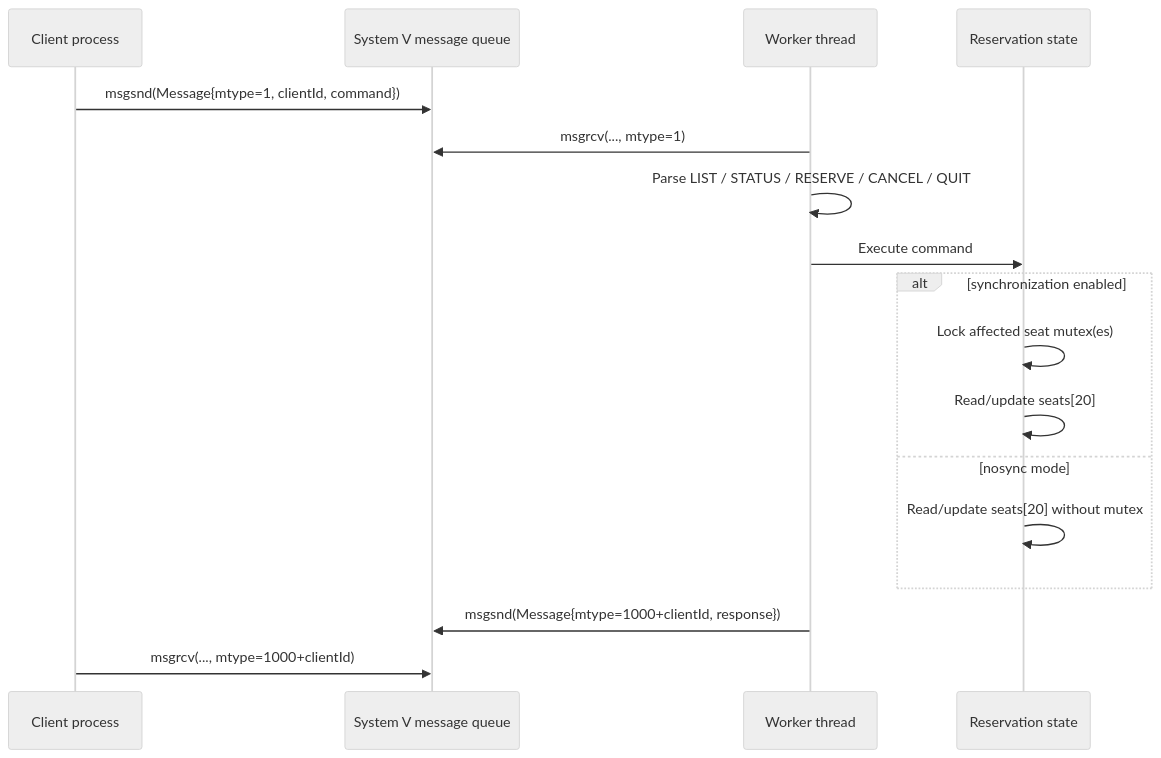
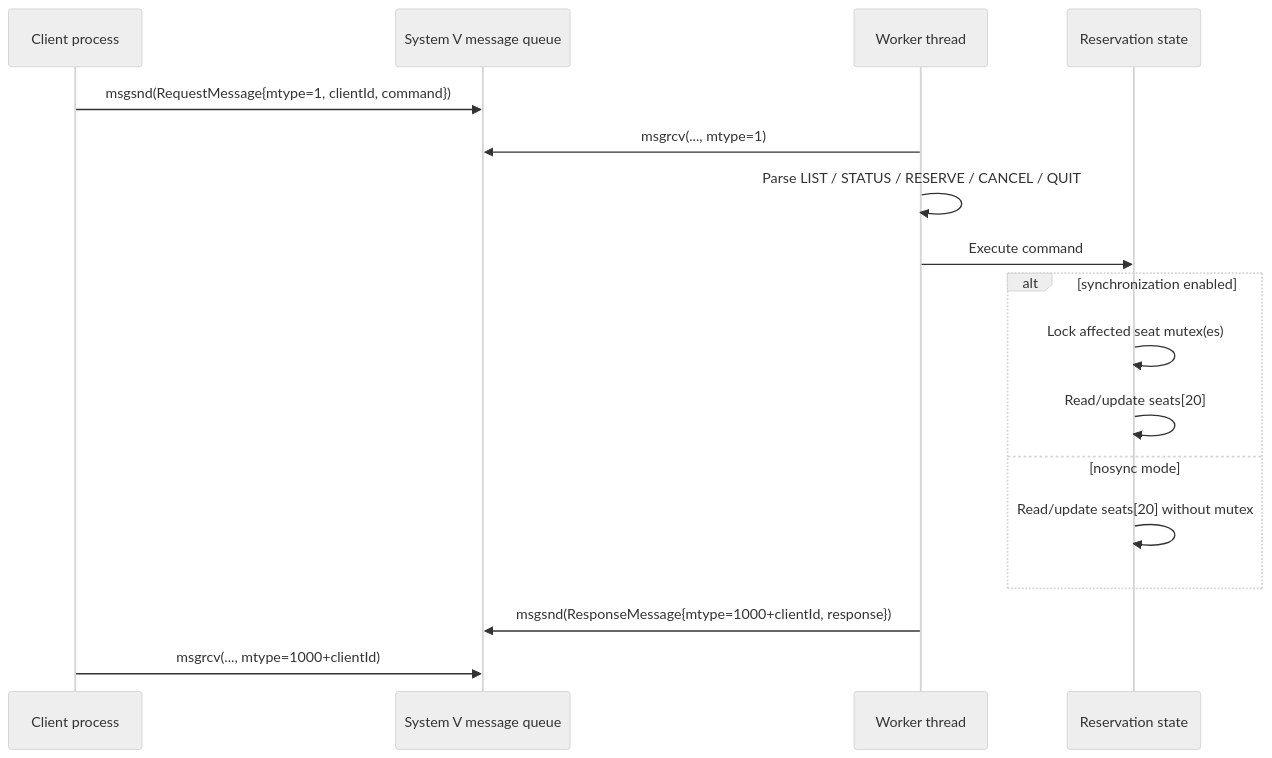
One commit to vixvify/airplane-booking changed the second of 2 diagrams in docs/architecture.md. Above: the diagram before and after it, drawn with Mermaid (neutral theme). The commit also changed other lines of this file and 5 other files, not shown here.

````diff
--- a/docs/architecture.md
+++ b/docs/architecture.md
@@ -50,20 +50,20 @@
 ```mermaid
 sequenceDiagram
     participant Client as Client process
     participant Queue as System V message queue
     participant Worker as Worker thread
     participant Domain as Reservation state
 
-    Client->>Queue: msgsnd(Message{mtype=1, clientId, command})
+    Client->>Queue: msgsnd(RequestMessage{mtype=1, clientId, command})
     Worker->>Queue: msgrcv(..., mtype=1)
     Worker->>Worker: Parse LIST / STATUS / RESERVE / CANCEL / QUIT
     Worker->>Domain: Execute command
     alt synchronization enabled
         Domain->>Domain: Lock affected seat mutex(es)
         Domain->>Domain: Read/update seats[20]
     else nosync mode
         Domain->>Domain: Read/update seats[20] without mutex
     end
-    Worker->>Queue: msgsnd(Message{mtype=1000+clientId, response})
+    Worker->>Queue: msgsnd(ResponseMessage{mtype=1000+clientId, response})
     Client->>Queue: msgrcv(..., mtype=1000+clientId)
 ```
````
